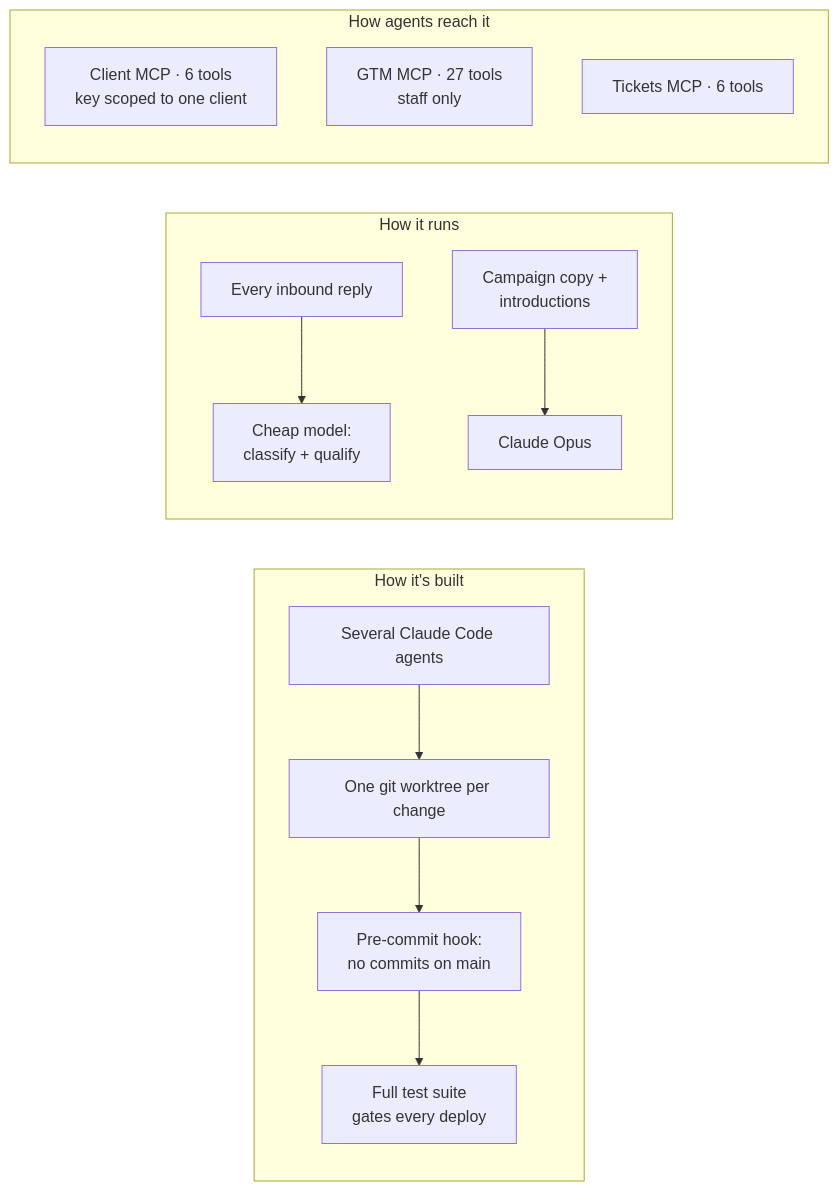
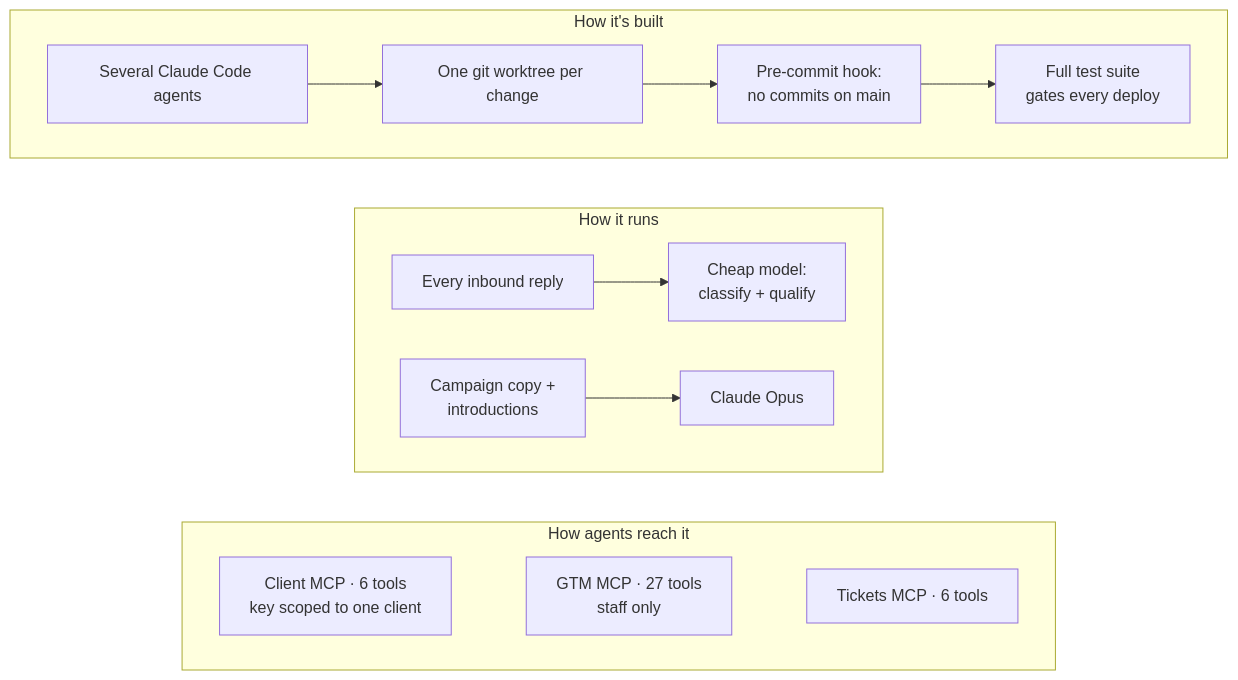
Before and after one commit to Trav54219/gtm-engineering-portfolio: the second of 8 diagrams in docs/case-studies/portal-walkthrough.md, drawn with Mermaid.

Commit message:
Walkthrough: Claude diagram as horizontal rows (#5)

````diff
--- a/docs/case-studies/portal-walkthrough.md
+++ b/docs/case-studies/portal-walkthrough.md
@@ -65,17 +65,22 @@
 ```mermaid
-flowchart LR
+flowchart TB
   subgraph Build["How it's built"]
+    direction LR
     CC[Several Claude Code agents] --> WT[One git worktree per change]
     WT --> HK[Pre-commit hook:<br/>no commits on main]
     HK --> CI[Full test suite<br/>gates every deploy]
   end
   subgraph Run["How it runs"]
+    direction LR
     R[Every inbound reply] --> CH[Cheap model:<br/>classify + qualify]
     CP[Campaign copy +<br/>introductions] --> OP[Claude Opus]
   end
   subgraph Reach["How agents reach it"]
+    direction LR
     M1[Client MCP · 6 tools<br/>key scoped to one client]
     M2[GTM MCP · 27 tools<br/>staff only]
     M3[Tickets MCP · 6 tools]
+    M1 ~~~ M2 ~~~ M3
   end
+  Build ~~~ Run ~~~ Reach
 ```
````
